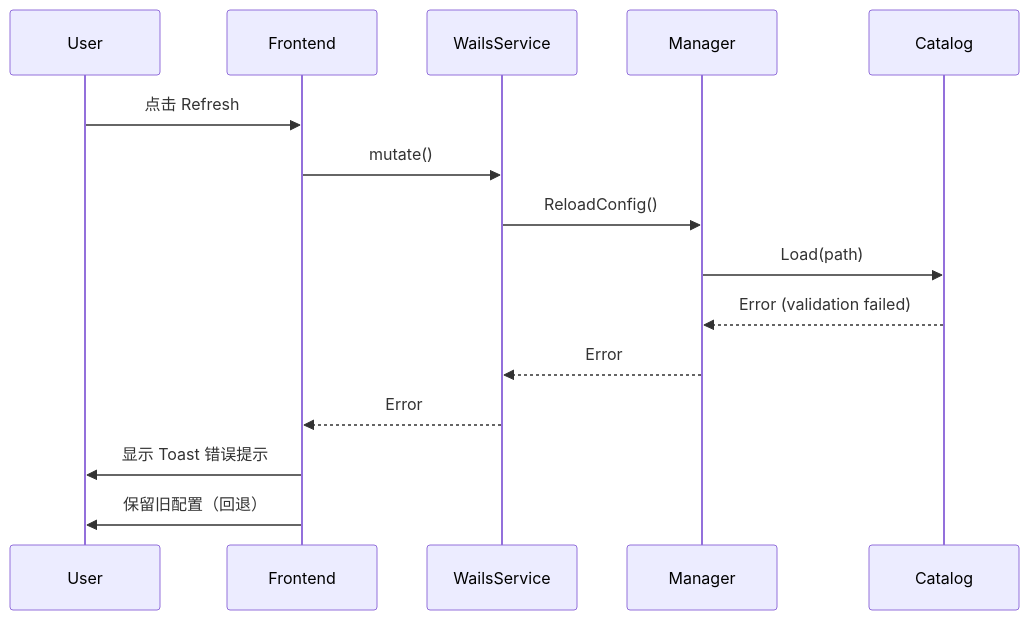
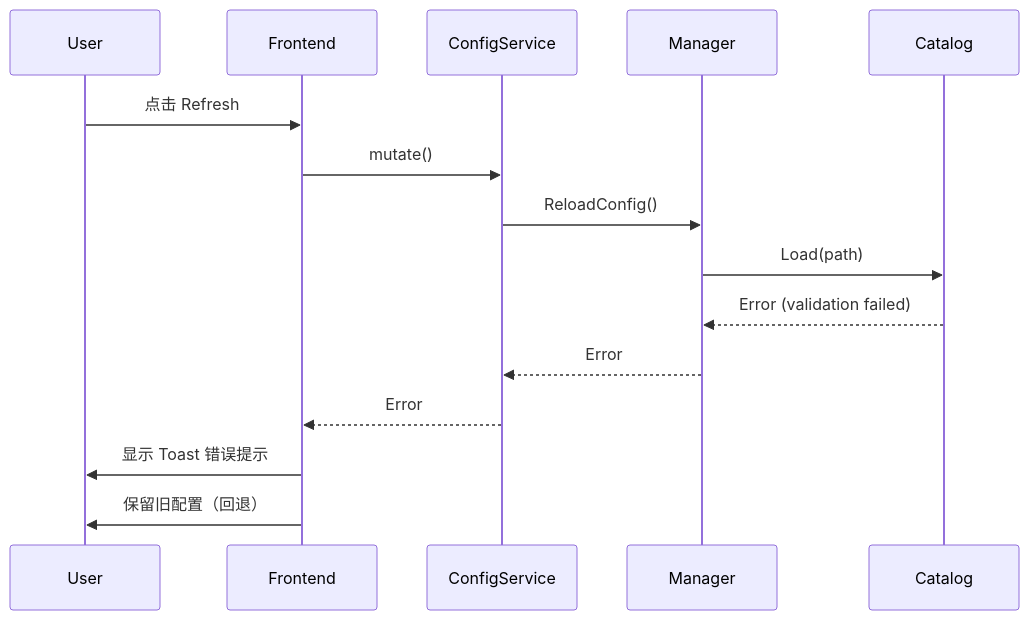
The fourth of 4 diagrams in docs/CONFIG_VISUALIZATION_DESIGN.md (wibus-wee/mcpv), drawn with Mermaid before and after one commit. The commit also changed other lines of this file and 56 other files, not shown here.

````diff
--- a/docs/CONFIG_VISUALIZATION_DESIGN.md
+++ b/docs/CONFIG_VISUALIZATION_DESIGN.md
@@ -583,18 +585,18 @@
 ```mermaid
 sequenceDiagram
     participant User
     participant Frontend
-    participant WailsService
+    participant ConfigService
     participant Manager
     participant Catalog
 
     User->>Frontend: 点击 Refresh
-    Frontend->>WailsService: mutate()
-    WailsService->>Manager: ReloadConfig()
+    Frontend->>ConfigService: mutate()
+    ConfigService->>Manager: ReloadConfig()
     Manager->>Catalog: Load(path)
     Catalog-->>Manager: Error (validation failed)
-    Manager-->>WailsService: Error
-    WailsService-->>Frontend: Error
+    Manager-->>ConfigService: Error
+    ConfigService-->>Frontend: Error
     Frontend->>User: 显示 Toast 错误提示
     Frontend->>User: 保留旧配置（回退）
 ```
````
